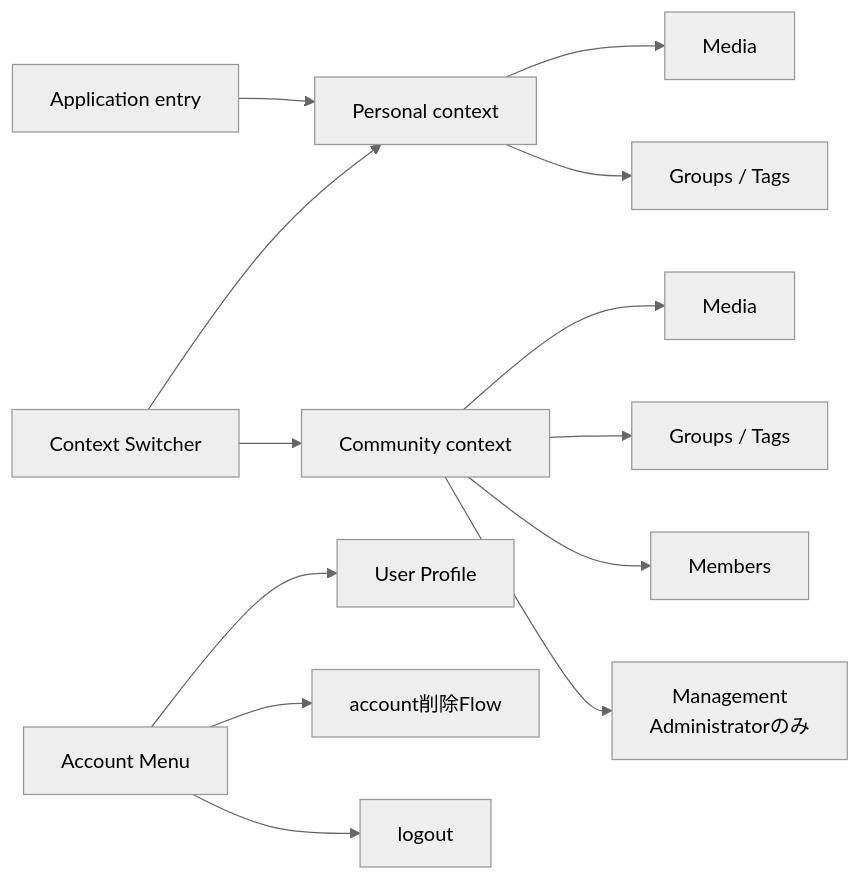
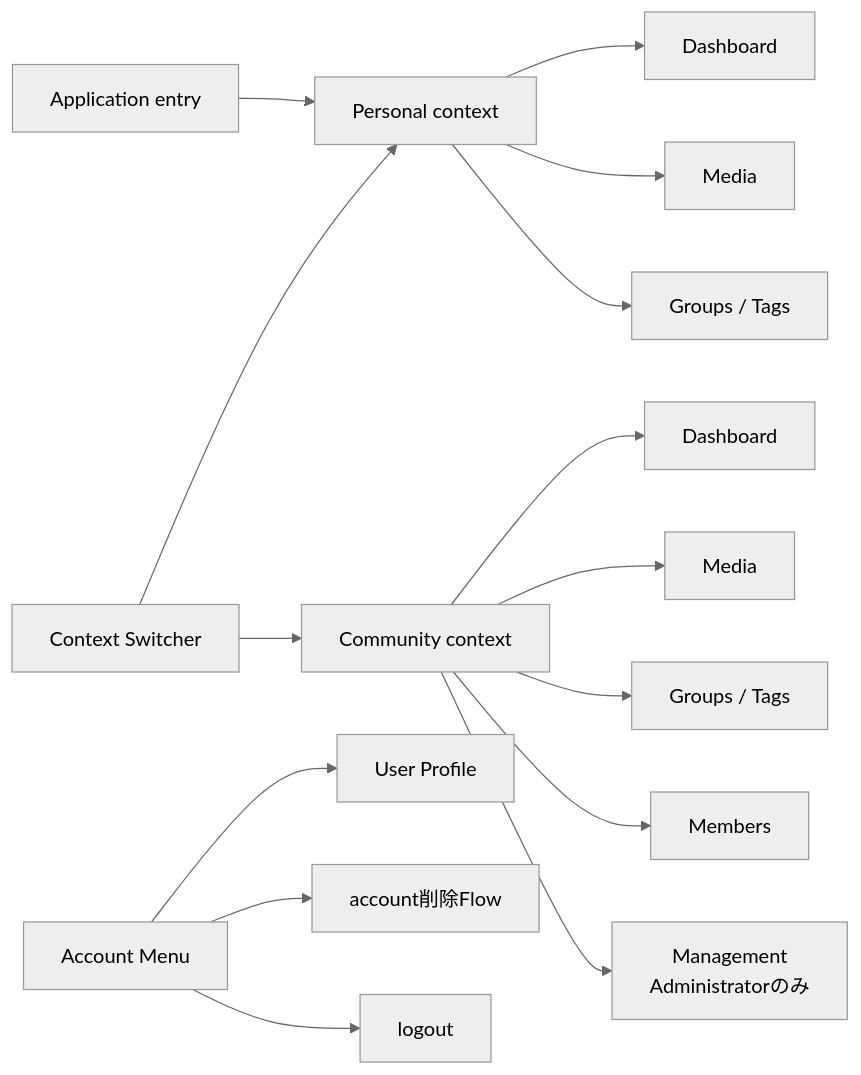
Before and after one commit to hazuki3417/memoria-design: the diagram in content/system/application-information-architecture.mdx, drawn with Mermaid (neutral theme). The commit also changed other lines of this file, not shown here.

````diff
--- a/content/system/application-information-architecture.mdx
+++ b/content/system/application-information-architecture.mdx
@@ -19,15 +19,17 @@
 ```mermaid
 flowchart LR
     Entry["Application entry"] --> Personal["Personal context"]
+    Personal --> PDashboard["Dashboard"]
     Personal --> PMedia["Media"]
     Personal --> PClass["Groups / Tags"]
     Switcher["Context Switcher"] --> Personal
     Switcher --> Community["Community context"]
+    Community --> CDashboard["Dashboard"]
     Community --> CMedia["Media"]
     Community --> CClass["Groups / Tags"]
     Community --> Members["Members"]
     Community --> Management["Management<br/>Administratorのみ"]
     Account["Account Menu"] --> Profile["User Profile"]
     Account --> Deletion["account削除Flow"]
     Account --> Logout["logout"]
 ```
````
